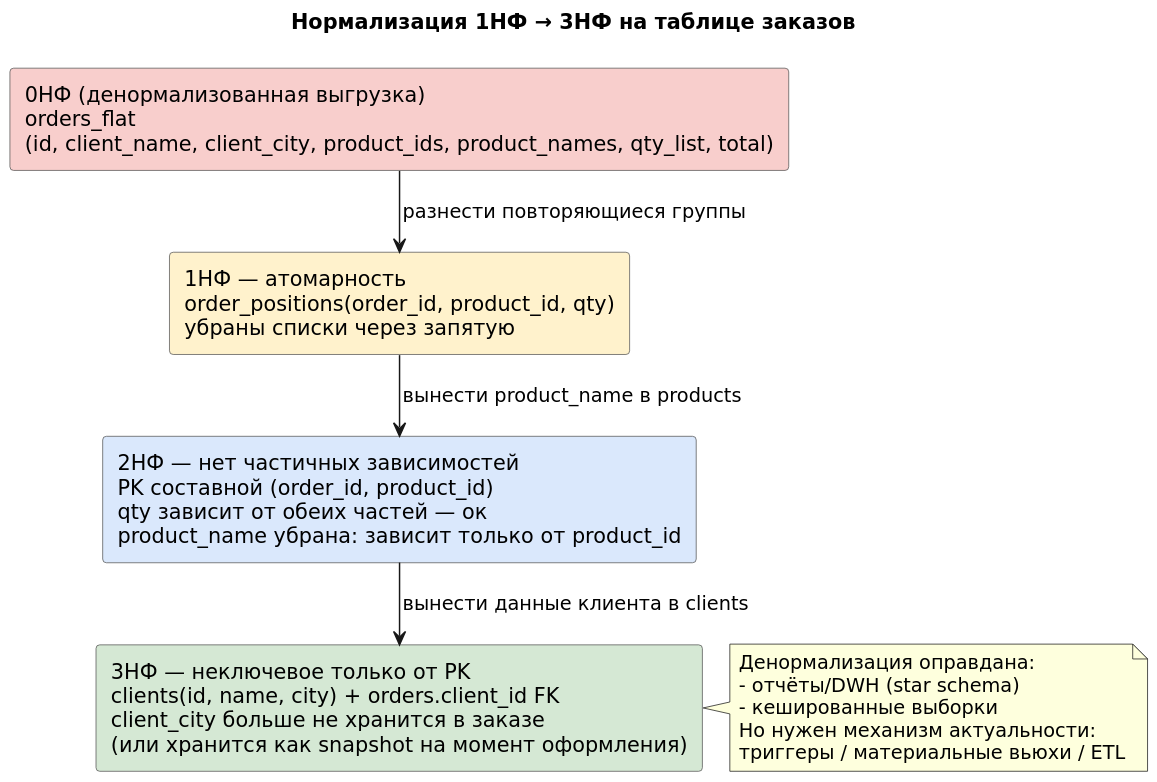
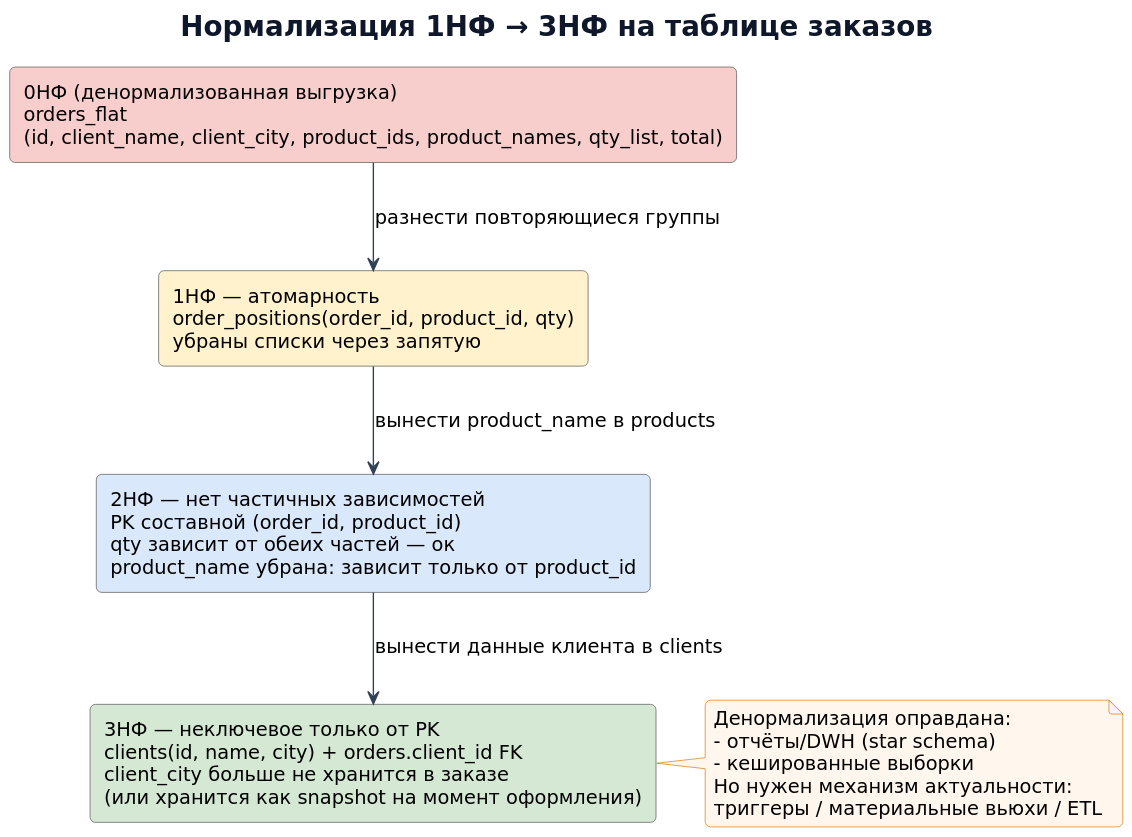
The diagram in puml_m4/m4_00_normalization.puml (maedodo11/fullstack-system-analyst), drawn with PlantUML before and after one commit. The commit also changed 256 other files, not shown here.

Commit message:
Improve course accuracy, practical examples and diagram validation

```diff
--- a/puml_m4/m4_00_normalization.puml
+++ b/puml_m4/m4_00_normalization.puml
@@ -1,28 +1,36 @@
 @startuml m4_00_normalization
-!pragma layout smetana
-skinparam dpi 150
-skinparam defaultFontName DejaVu Sans
+skinparam defaultFontName "DejaVu Sans"
+skinparam defaultFontSize 14
+skinparam backgroundColor #FFFFFF
+skinparam shadowing false
+skinparam roundcorner 8
+skinparam ArrowColor #334155
+skinparam titleFontColor #0F172A
+skinparam titleFontSize 20
+skinparam noteBackgroundColor #FFF7ED
+skinparam noteBorderColor #D97706
+skinparam dpi 140
 skinparam rectangle {
   BorderColor #555555
 }
 title Нормализация 1НФ → 3НФ на таблице заказов
 
 rectangle "0НФ (денормализованная выгрузка)\norders_flat\n(id, client_name, client_city, product_ids, product_names, qty_list, total)" as Z #F8CECC {
 }
 rectangle "1НФ — атомарность\norder_positions(order_id, product_id, qty)\nубраны списки через запятую" as A #FFF2CC {
 }
 rectangle "2НФ — нет частичных зависимостей\nPK составной (order_id, product_id)\nqty зависит от обеих частей — ок\nproduct_name убрана: зависит только от product_id" as B #DAE8FC {
 }
 rectangle "3НФ — неключевое только от PK\nclients(id, name, city) + orders.client_id FK\nclient_city больше не хранится в заказе\n(или хранится как snapshot на момент оформления)" as C #D5E8D4 {
 }
 Z --> A : разнести повторяющиеся группы
 A --> B : вынести product_name в products
 B --> C : вынести данные клиента в clients
 note right of C
 Денормализация оправдана:
 - отчёты/DWH (star schema)
 - кешированные выборки
 Но нужен механизм актуальности:
 триггеры / материальные вьюхи / ETL
 end note
 @enduml
```
